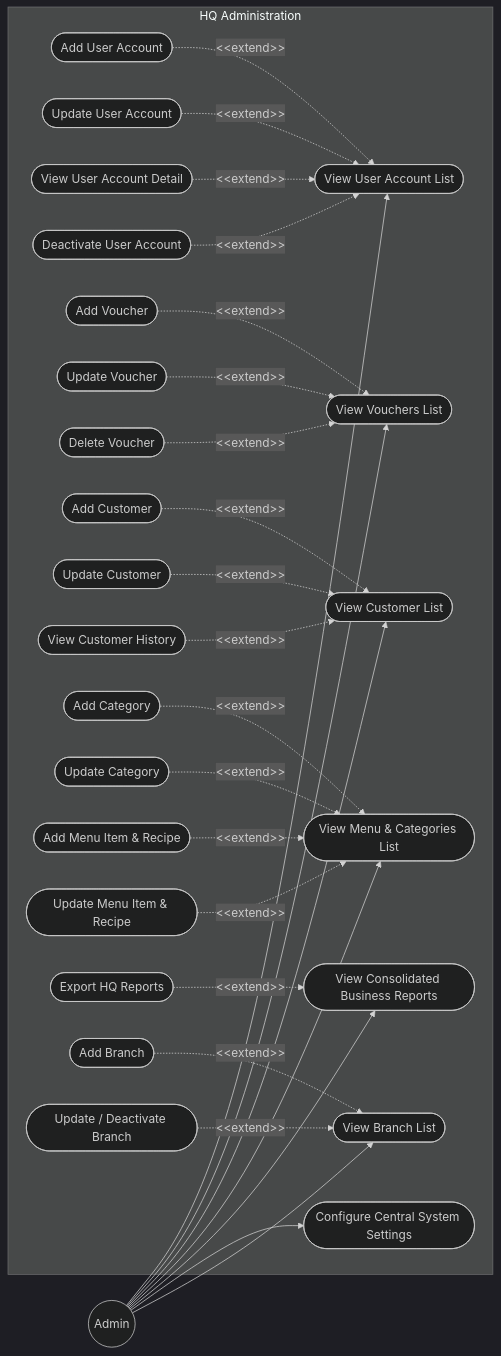
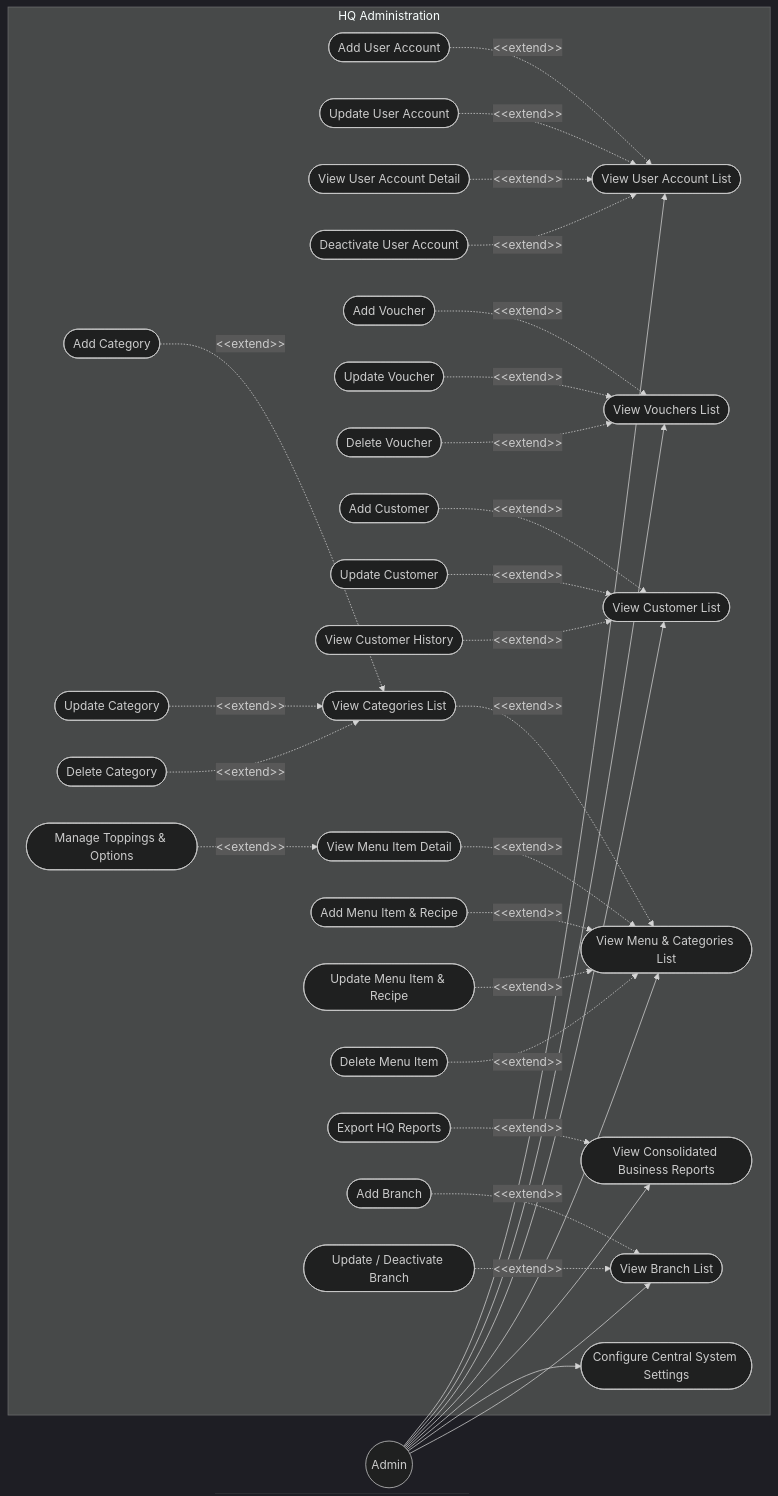
Before and after one commit to Shaichi/Khoga_coffe_shop: the third of 6 diagrams in sections/02_user_requirements.md, drawn with Mermaid (dark theme). The commit also changed other lines of this file and 45 other files, not shown here.

```diff
--- a/sections/02_user_requirements.md
+++ b/sections/02_user_requirements.md
@@ -105,10 +104,15 @@
         UC_ViewCustHistory([View Customer History])
 
         UC_ListMenu([View Menu & Categories List])
+        UC_ViewMenuDetail([View Menu Item Detail])
+        UC_ListCategories([View Categories List])
         UC_AddCat([Add Category])
         UC_UpdateCat([Update Category])
+        UC_DeleteCat([Delete Category])
         UC_AddMenu([Add Menu Item & Recipe])
         UC_UpdateMenu([Update Menu Item & Recipe])
+        UC_DeleteMenu([Delete Menu Item])
+        UC_ManageToppings([Manage Toppings & Options])
 
         UC_ViewReports([View Consolidated Business Reports])
         UC_ExportReports([Export HQ Reports])
@@ -146,10 +150,15 @@
     UC_ViewCustHistory -.-> |"&lt;&lt;extend&gt;&gt;"| UC_ListCustomers
 
     %% Menu/Category extends
-    UC_AddCat -.-> |"&lt;&lt;extend&gt;&gt;"| UC_ListMenu
-    UC_UpdateCat -.-> |"&lt;&lt;extend&gt;&gt;"| UC_ListMenu
+    UC_ViewMenuDetail -.-> |"&lt;&lt;extend&gt;&gt;"| UC_ListMenu
+    UC_ListCategories -.-> |"&lt;&lt;extend&gt;&gt;"| UC_ListMenu
+    UC_AddCat -.-> |"&lt;&lt;extend&gt;&gt;"| UC_ListCategories
+    UC_UpdateCat -.-> |"&lt;&lt;extend&gt;&gt;"| UC_ListCategories
+    UC_DeleteCat -.-> |"&lt;&lt;extend&gt;&gt;"| UC_ListCategories
     UC_AddMenu -.-> |"&lt;&lt;extend&gt;&gt;"| UC_ListMenu
     UC_UpdateMenu -.-> |"&lt;&lt;extend&gt;&gt;"| UC_ListMenu
+    UC_DeleteMenu -.-> |"&lt;&lt;extend&gt;&gt;"| UC_ListMenu
+    UC_ManageToppings -.-> |"&lt;&lt;extend&gt;&gt;"| UC_ViewMenuDetail
 
     %% Reports extends
     UC_ExportReports -.-> |"&lt;&lt;extend&gt;&gt;"| UC_ViewReports
```
